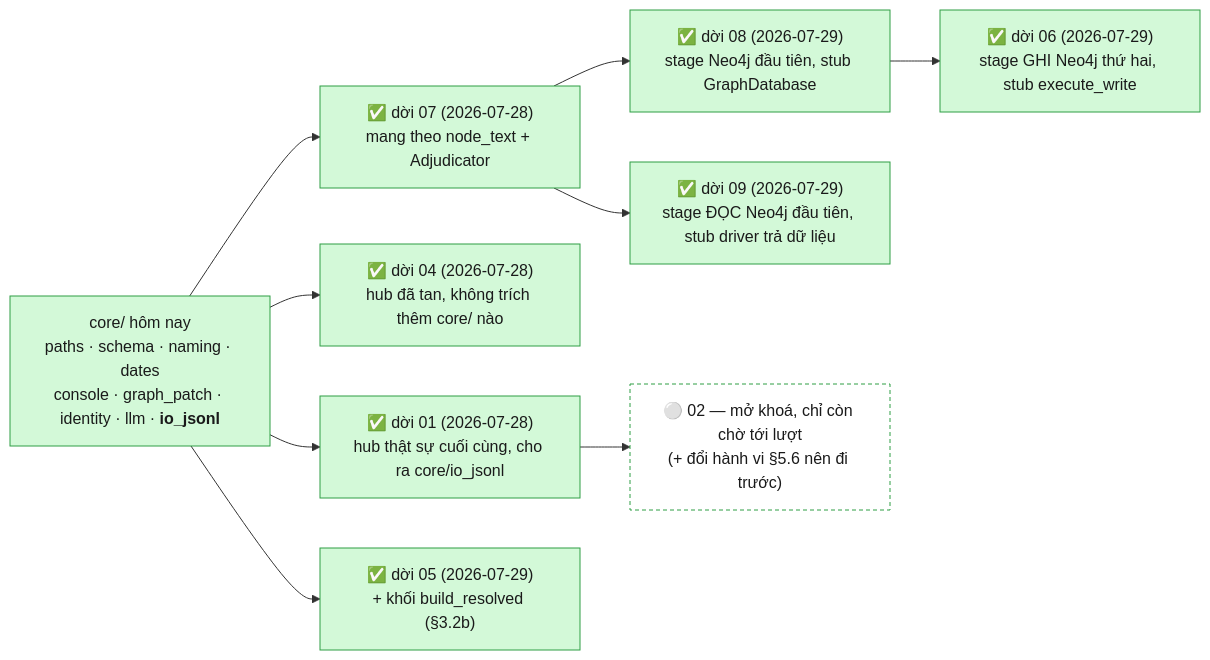
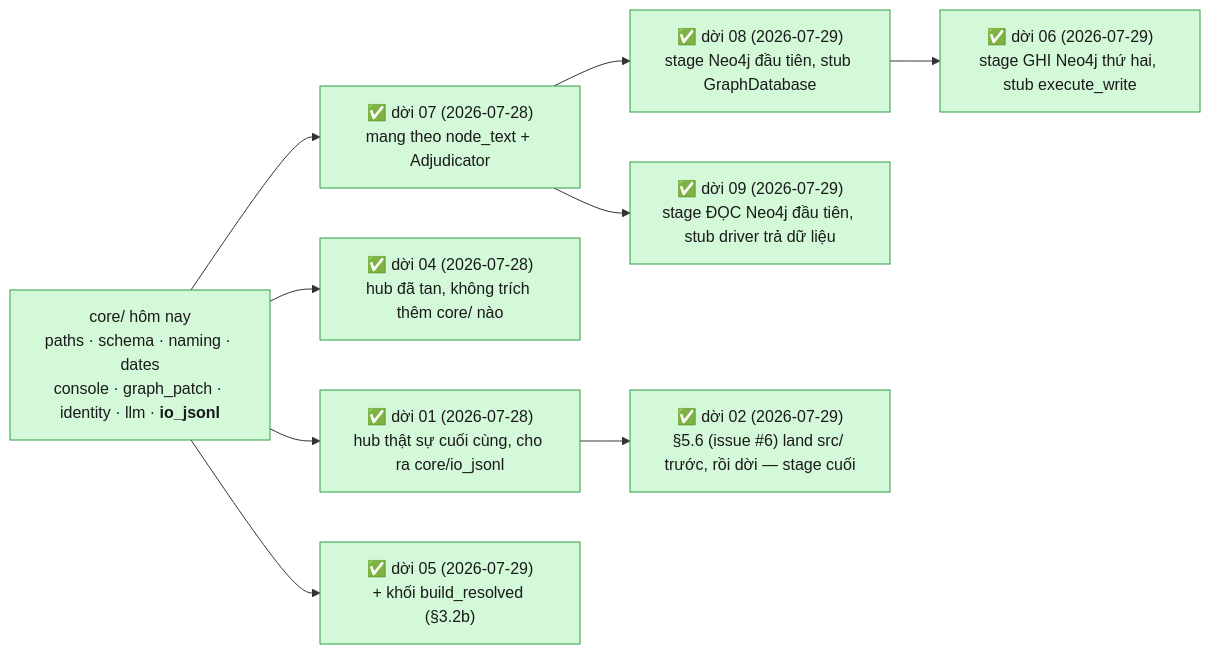
The second of 4 diagrams in src_module/PIPELINE.md (TranBaDat2607/capstone_test1), drawn with Mermaid before and after one commit. The commit also changed other lines of this file and 3 other files, not shown here.

````diff
--- a/src_module/PIPELINE.md
+++ b/src_module/PIPELINE.md
@@ -416,23 +462,23 @@
 ```mermaid
 flowchart LR
     classDef done fill:#d3f9d8,stroke:#2f9e44,color:#1a1a1a
     classDef ready fill:#ffffff,stroke:#2f9e44,stroke-dasharray:4 3,color:#1a1a1a
     classDef key  fill:#ffe3e3,stroke:#f03e3e,color:#1a1a1a
     classDef pend fill:#fff3bf,stroke:#e8a90c,color:#1a1a1a
 
     CORE["core/ hôm nay<br/>paths · schema · naming · dates<br/>console · graph_patch · identity · llm · <b>io_jsonl</b>"]:::done
     S07D["✅ dời 07 (2026-07-28)<br/>mang theo node_text + Adjudicator"]:::done
     S04D["✅ dời 04 (2026-07-28)<br/>hub đã tan, không trích thêm core/ nào"]:::done
     S01D["✅ dời 01 (2026-07-28)<br/>hub thật sự cuối cùng, cho ra core/io_jsonl"]:::done
     S08D["✅ dời 08 (2026-07-29)<br/>stage Neo4j đầu tiên, stub GraphDatabase"]:::done
     S06D["✅ dời 06 (2026-07-29)<br/>stage GHI Neo4j thứ hai, stub execute_write"]:::done
     S09D["✅ dời 09 (2026-07-29)<br/>stage ĐỌC Neo4j đầu tiên, stub driver trả dữ liệu"]:::done
     S05D2["✅ dời 05 (2026-07-29)<br/>+ khối build_resolved (§3.2b)"]:::done
-    U3["⚪ 02 — mở khoá, chỉ còn chờ tới lượt<br/>(+ đổi hành vi §5.6 nên đi trước)"]:::ready
+    S02D["✅ dời 02 (2026-07-29)<br/>§5.6 (issue #6) land src/ trước, rồi dời — stage cuối"]:::done
 
     CORE --> S07D --> S08D --> S06D
     S07D --> S09D
     CORE --> S04D
-    CORE --> S01D --> U3
+    CORE --> S01D --> S02D
     CORE --> S05D2
 ```
````
